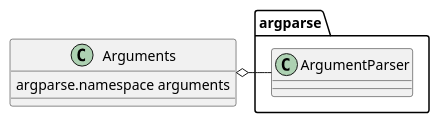
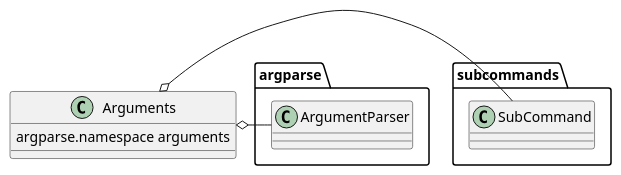
The diagram in apcommand/argumentparser.rst (russell-n/apcommand), drawn with PlantUML before and after one commit. The commit also changed 10 other files, not shown here.

```diff
--- a/apcommand/argumentparser.rst
+++ b/apcommand/argumentparser.rst
@@ -6,4 +6,5 @@
 .. uml::
 
    Arguments o- argparse.ArgumentParser
+   Arguments o- subcommands.SubCommand
    Arguments : argparse.namespace arguments
```
